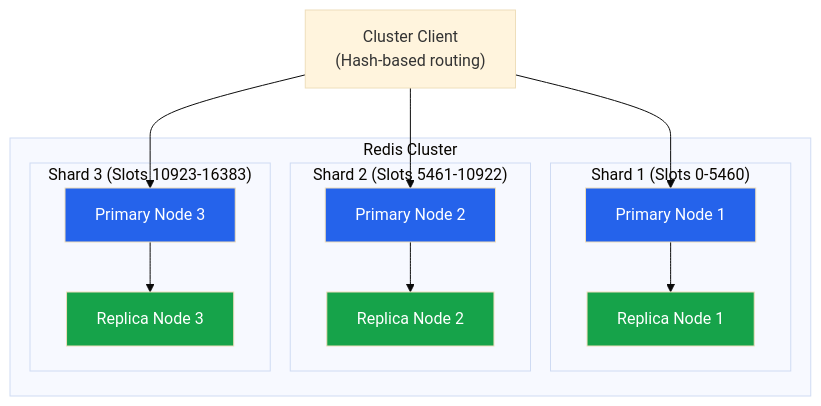
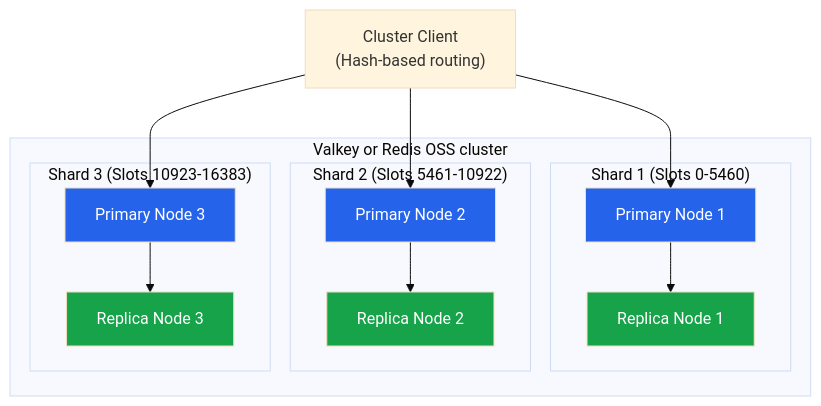
Before and after one commit to AlexanderBesss/AWS_best_praactices: the first of 2 diagrams in Database/ElastiCache-Best-Practices.md, drawn with Mermaid (base theme). The commit also changed other lines of this file and 31 other files, not shown here.

````diff
--- a/Database/ElastiCache-Best-Practices.md
+++ b/Database/ElastiCache-Best-Practices.md
@@ -77,29 +77,29 @@
 ```mermaid
 graph TB
-    subgraph "Redis Cluster"
+    subgraph "Valkey or Redis OSS cluster"
       subgraph "Shard 1 (Slots 0-5460)"
         P1["Primary Node 1"]
         R1["Replica Node 1"]
         P1 --> R1
       end
       subgraph "Shard 2 (Slots 5461-10922)"
         P2["Primary Node 2"]
         R2["Replica Node 2"]
         P2 --> R2
       end
       subgraph "Shard 3 (Slots 10923-16383)"
         P3["Primary Node 3"]
         R3["Replica Node 3"]
         P3 --> R3
       end
     end
     Client["Cluster Client<br/>(Hash-based routing)"] --> P1
     Client --> P2
     Client --> P3
     style P1 fill:#2563eb,color:#fff
     style P2 fill:#2563eb,color:#fff
     style P3 fill:#2563eb,color:#fff
     style R1 fill:#16a34a,color:#fff
     style R2 fill:#16a34a,color:#fff
     style R3 fill:#16a34a,color:#fff
 ```
````
